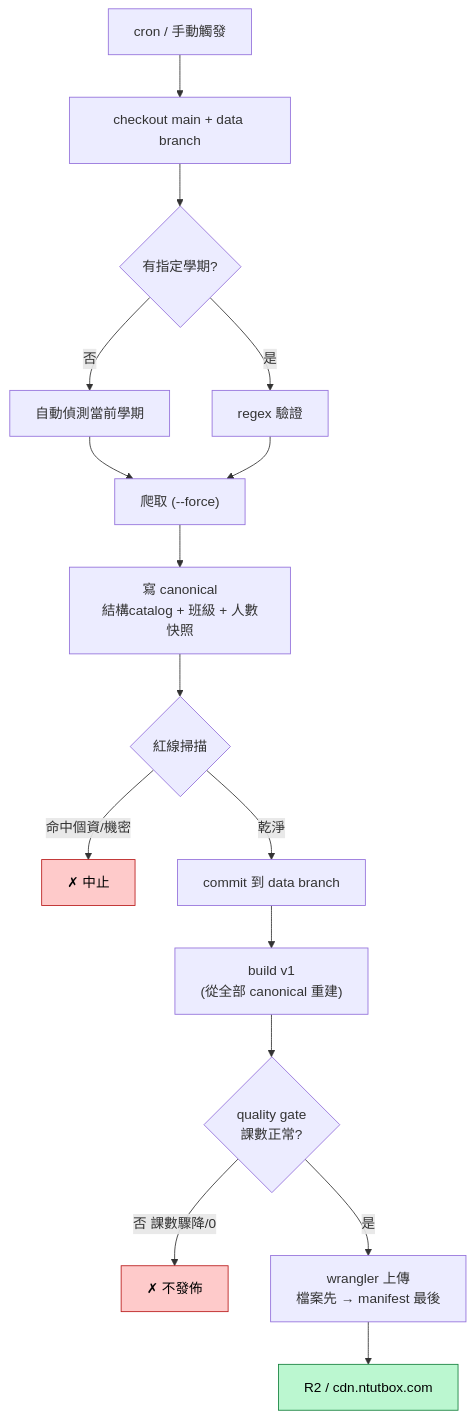
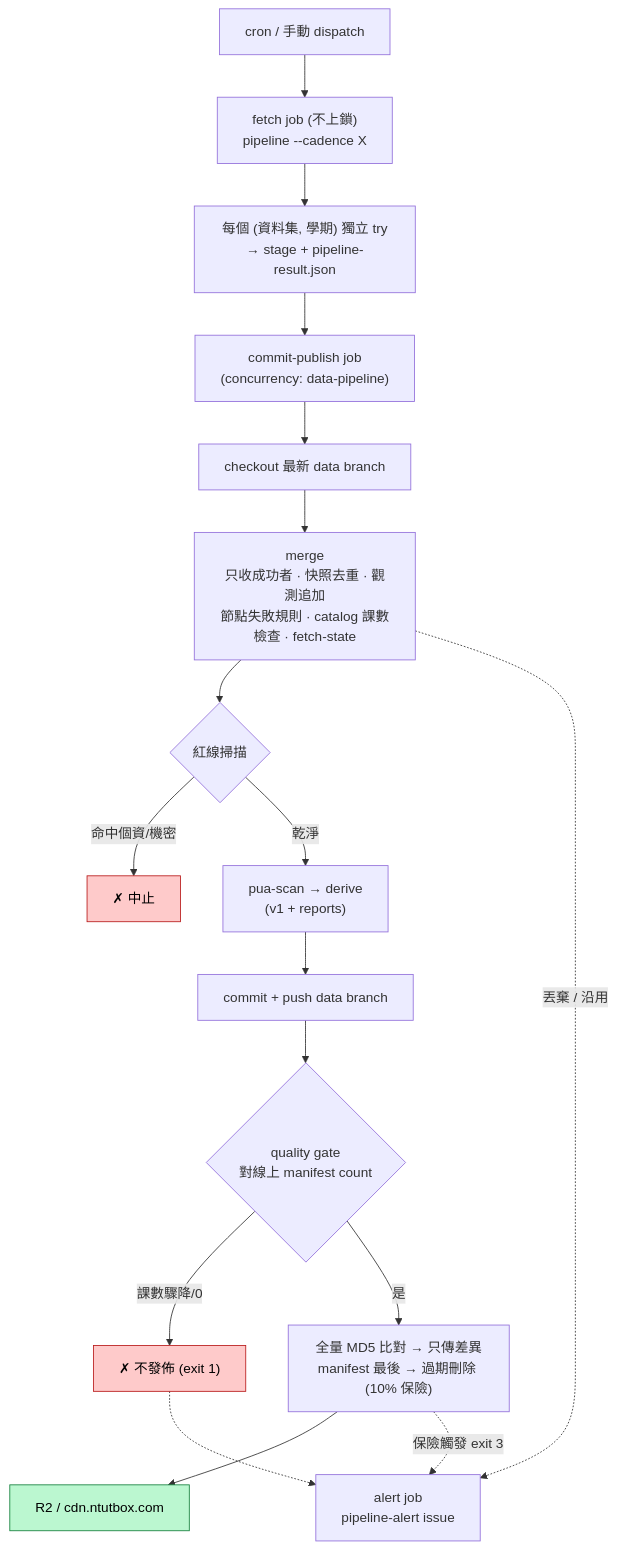
The diagram in docs/diagrams/02-pipeline.mmd (poterpan/ntutbox-course), drawn with Mermaid before and after one commit. The commit also changed 26 other files, not shown here.

```diff
--- a/docs/diagrams/02-pipeline.mmd
+++ b/docs/diagrams/02-pipeline.mmd
@@ -1,21 +1,22 @@
 flowchart TD
-    A["cron / 手動觸發"] --> B["checkout main + data branch"]
-    B --> C{"有指定學期?"}
-    C -->|否| D["自動偵測當前學期"]
-    C -->|是| E["regex 驗證"]
-    D --> F["爬取 (--force)"]
-    E --> F
-    F --> G["寫 canonical<br/>結構catalog + 班級 + 人數快照"]
-    G --> H{"紅線掃描"}
+    A["cron / 手動 dispatch"] --> B["fetch job (不上鎖)<br/>pipeline --cadence X"]
+    B --> B2["每個 (資料集, 學期) 獨立 try<br/>→ stage + pipeline-result.json"]
+    B2 --> C["commit-publish job<br/>(concurrency: data-pipeline)"]
+    C --> D["checkout 最新 data branch"]
+    D --> E["merge<br/>只收成功者 · 快照去重 · 觀測追加<br/>節點失敗規則 · catalog 課數檢查 · fetch-state"]
+    E --> H{"紅線掃描"}
     H -->|命中個資/機密| HX["✗ 中止"]
-    H -->|乾淨| I["commit 到 data branch"]
-    I --> J["build v1<br/>(從全部 canonical 重建)"]
-    J --> K{"quality gate<br/>課數正常?"}
-    K -->|否 課數驟降/0| KX["✗ 不發佈"]
-    K -->|是| L["wrangler 上傳<br/>檔案先 → manifest 最後"]
+    H -->|乾淨| I["pua-scan → derive<br/>(v1 + reports)"]
+    I --> J["commit + push data branch"]
+    J --> K{"quality gate<br/>對線上 manifest count"}
+    K -->|課數驟降/0| KX["✗ 不發佈 (exit 1)"]
+    K -->|是| L["全量 MD5 比對 → 只傳差異<br/>manifest 最後 → 過期刪除 (10% 保險)"]
     L --> M["R2 / cdn.ntutbox.com"]
+    L -.->|保險觸發 exit 3| AL
+    E -.->|丟棄 / 沿用| AL["alert job<br/>pipeline-alert issue"]
+    KX -.-> AL
 
     classDef bad fill:#fecaca,stroke:#b91c1c,color:#000
     classDef ok fill:#bbf7d0,stroke:#15803d,color:#000
     class HX,KX bad
     class M ok
```
